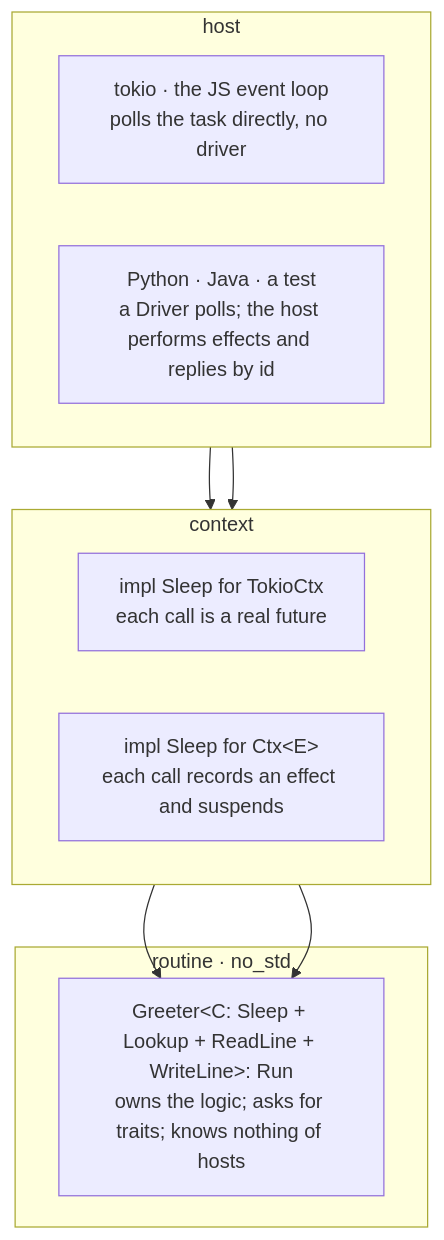
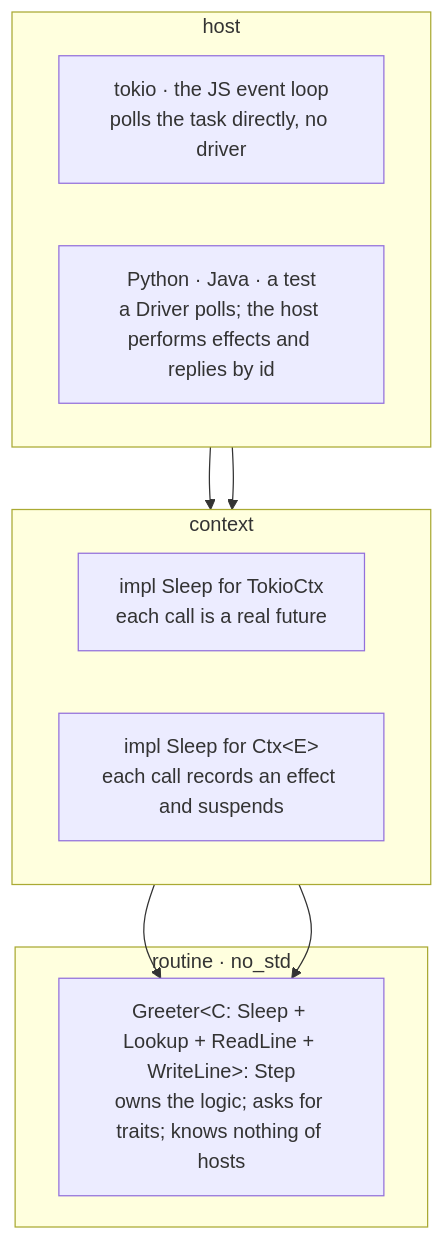
Before and after one commit to inkandswitch/sans-effort: the diagram in README.md, drawn with Mermaid. The commit also changed other lines of this file and 49 other files, not shown here.

````diff
--- a/README.md
+++ b/README.md
@@ -24,21 +24,21 @@
 ```mermaid
 flowchart TB
     subgraph host["host"]
         direction LR
         native["tokio · the JS event loop<br/>polls the task directly, no driver"]
         foreign["Python · Java · a test<br/>a Driver polls; the host performs effects and replies by id"]
     end
 
     subgraph context["context"]
         direction LR
         tokio_ctx["impl Sleep for TokioCtx<br/>each call is a real future"]
         reify_ctx["impl Sleep for Ctx#60;E#62;<br/>each call records an effect and suspends"]
     end
 
     subgraph routine["routine · no_std"]
-        greeter["Greeter#60;C: Sleep + Lookup + ReadLine + WriteLine#62;: Run<br/>owns the logic; asks for traits; knows nothing of hosts"]
+        greeter["Greeter#60;C: Sleep + Lookup + ReadLine + WriteLine#62;: Step<br/>owns the logic; asks for traits; knows nothing of hosts"]
     end
 
     native --> tokio_ctx --> greeter
     foreign --> reify_ctx --> greeter
 ```
````
